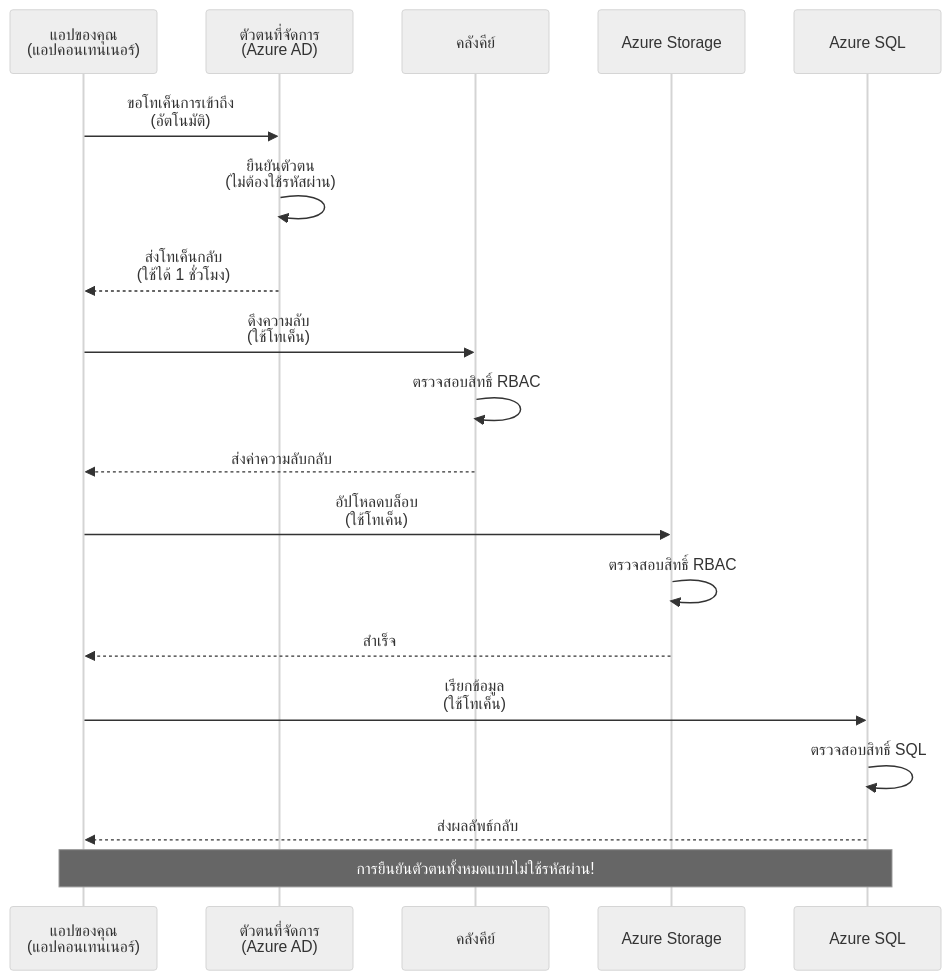
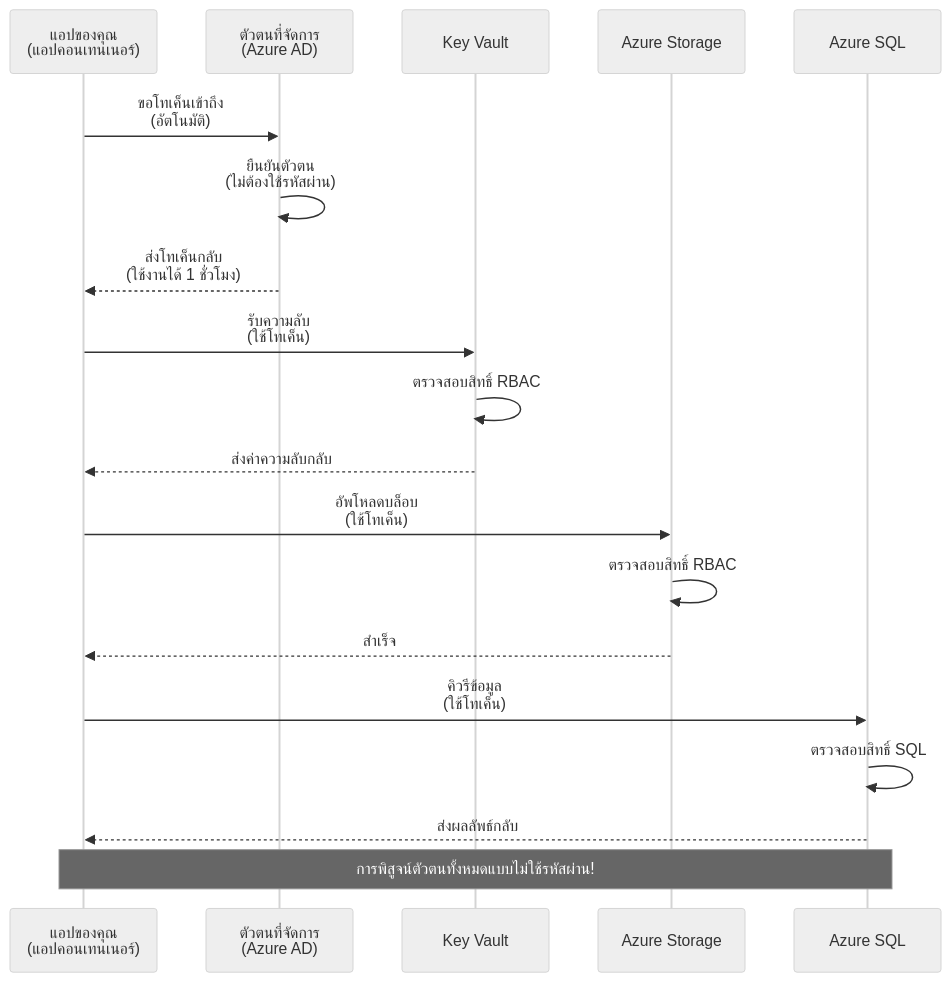
Before and after one commit to microsoft/AZD-for-beginners: the first of 2 diagrams in translations/th/docs/chapter-03-configuration/authsecurity.md, drawn with Mermaid (neutral theme). The commit also changed other lines of this file and 101 other files, not shown here.

````diff
--- a/translations/th/docs/chapter-03-configuration/authsecurity.md
+++ b/translations/th/docs/chapter-03-configuration/authsecurity.md
@@ -69,26 +69,26 @@
 ```mermaid
 sequenceDiagram
     participant App as แอปของคุณ<br/>(แอปคอนเทนเนอร์)
     participant MI as ตัวตนที่จัดการ<br/>(Azure AD)
-    participant KV as คลังคีย์
+    participant KV as Key Vault
     participant Storage as Azure Storage
     participant DB as Azure SQL
     
-    App->>MI: ขอโทเค็นการเข้าถึง<br/>(อัตโนมัติ)
+    App->>MI: ขอโทเค็นเข้าถึง<br/>(อัตโนมัติ)
     MI->>MI: ยืนยันตัวตน<br/>(ไม่ต้องใช้รหัสผ่าน)
-    MI-->>App: ส่งโทเค็นกลับ<br/>(ใช้ได้ 1 ชั่วโมง)
+    MI-->>App: ส่งโทเค็นกลับ<br/>(ใช้งานได้ 1 ชั่วโมง)
     
-    App->>KV: ดึงความลับ<br/>(ใช้โทเค็น)
+    App->>KV: รับความลับ<br/>(ใช้โทเค็น)
     KV->>KV: ตรวจสอบสิทธิ์ RBAC
     KV-->>App: ส่งค่าความลับกลับ
     
-    App->>Storage: อัปโหลดบล็อบ<br/>(ใช้โทเค็น)
+    App->>Storage: อัพโหลดบล็อบ<br/>(ใช้โทเค็น)
     Storage->>Storage: ตรวจสอบสิทธิ์ RBAC
     Storage-->>App: สำเร็จ
     
-    App->>DB: เรียกข้อมูล<br/>(ใช้โทเค็น)
+    App->>DB: คิวรีข้อมูล<br/>(ใช้โทเค็น)
     DB->>DB: ตรวจสอบสิทธิ์ SQL
     DB-->>App: ส่งผลลัพธ์กลับ
     
-    Note over App,DB: การยืนยันตัวตนทั้งหมดแบบไม่ใช้รหัสผ่าน!
+    Note over App,DB: การพิสูจน์ตัวตนทั้งหมดแบบไม่ใช้รหัสผ่าน!
 ```
````
